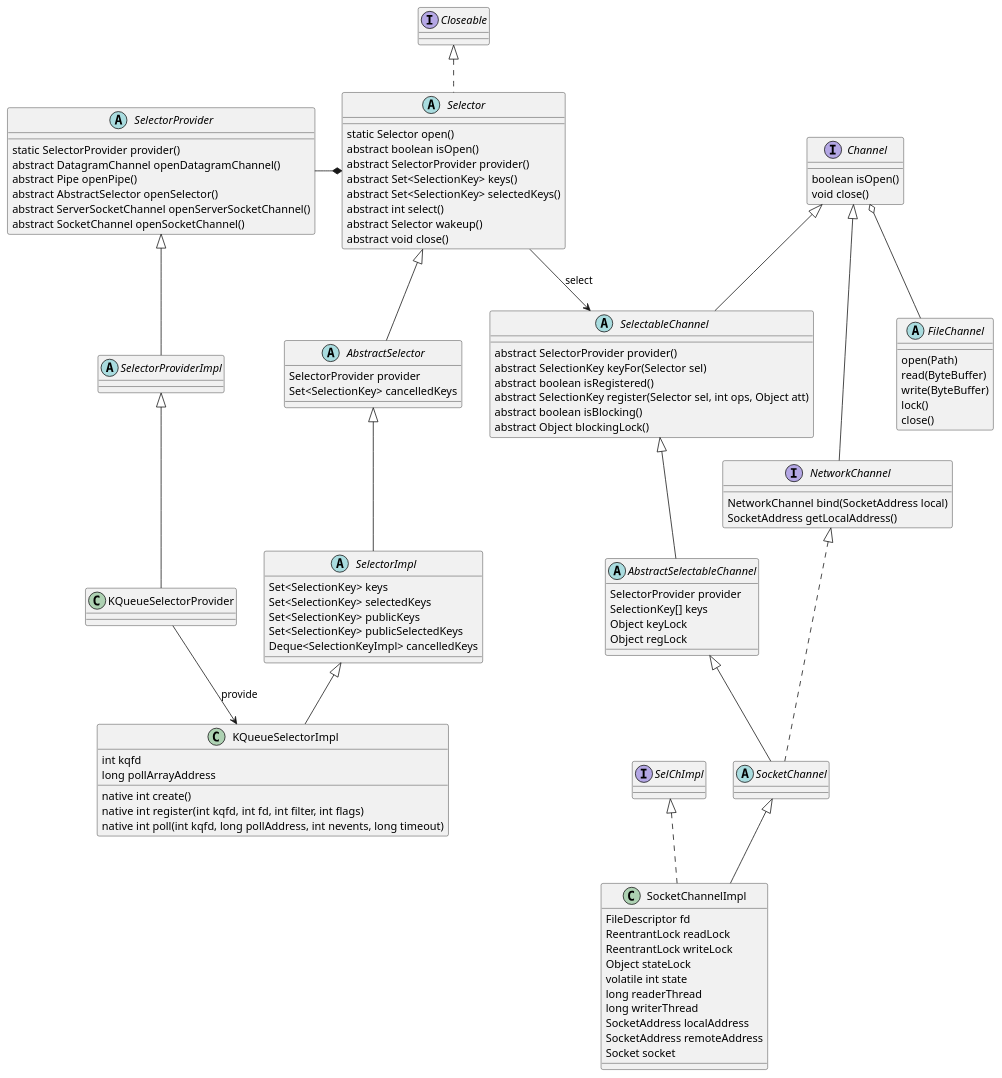
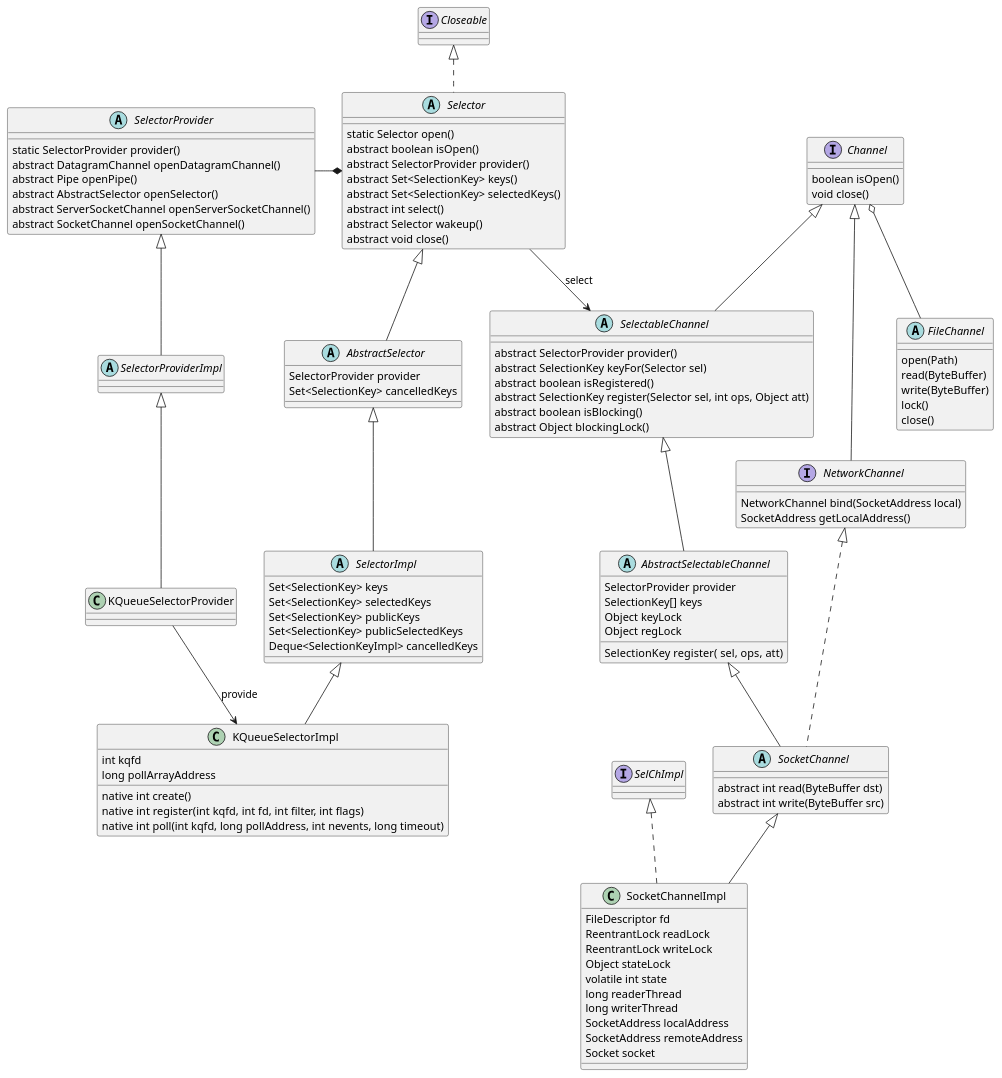
Before and after one commit to kevinwang930/kevinwang930.github.io: the diagram in content/post/java/java-nio.md, drawn with PlantUML. The commit also changed 1 other file, not shown here.

```diff
--- a/content/post/java/java-nio.md
+++ b/content/post/java/java-nio.md
@@ -58,6 +58,7 @@
     SelectionKey[] keys
     Object keyLock
     Object regLock
+    SelectionKey register( sel,  ops, att)
 
 
 }
@@ -126,7 +127,10 @@
         native int poll(int kqfd, long pollAddress, int nevents, long timeout)
     }
 
-    abstract class SocketChannel extends  AbstractSelectableChannel implements NetworkChannel
+    abstract class SocketChannel extends  AbstractSelectableChannel implements NetworkChannel {
+        abstract int read(ByteBuffer dst)
+        abstract int write(ByteBuffer src)
+    }
 
     class KQueueSelectorProvider extends SelectorProviderImpl
 
```
